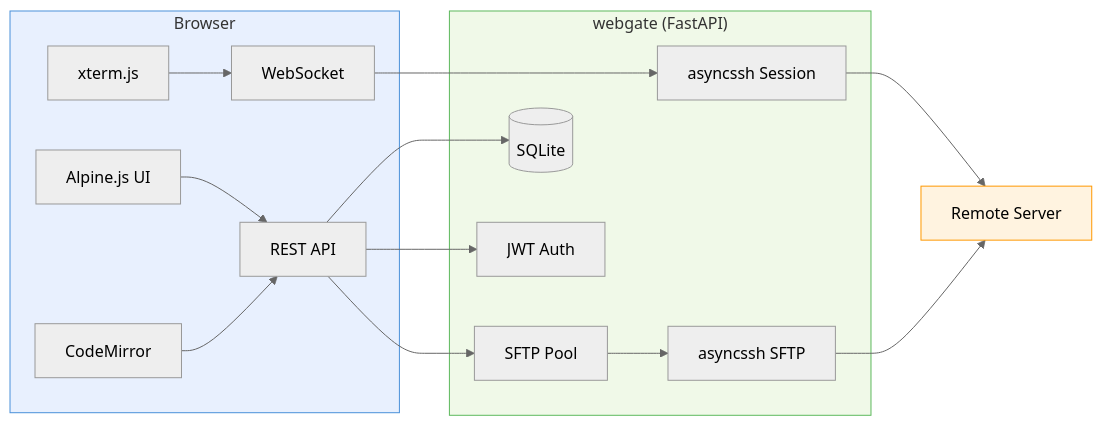
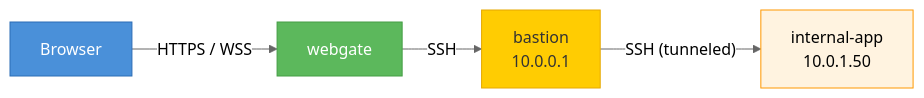
Before and after one commit to kalexnolasco/webgate: the fourth of 7 diagrams in README.md, drawn with Mermaid (neutral theme). The commit also changed other lines of this file and 3 other files, not shown here.

````diff
--- a/README.md
+++ b/README.md
@@ -398,23 +233,14 @@
 ```mermaid
 flowchart LR
-    subgraph Browser
-        XT[xterm.js] --> WS[WebSocket]
-        UI[Alpine.js UI] --> REST[REST API]
-        CM[CodeMirror] --> REST
-    end
-
-    subgraph webgate ["webgate (FastAPI)"]
-        WS --> SSH[asyncssh Session]
-        REST --> POOL[SFTP Pool]
-        POOL --> SFTP[asyncssh SFTP]
-        REST --> DB[(SQLite)]
-        REST --> AUTH[JWT Auth]
-    end
-
-    SSH --> RS[Remote Server]
-    SFTP --> RS
-
-    style Browser fill:#e8f0fe,stroke:#4a90d9
-    style webgate fill:#f0f9e8,stroke:#5cb85c
-    style RS fill:#fff3e0,stroke:#ff9800
+    B["Browser"]
+    WG["webgate"]
+    BAST["bastion<br/>10.0.0.1"]
+    INT["internal-app<br/>10.0.1.50"]
+    B -- "HTTPS / WSS" --> WG
+    WG -- "SSH" --> BAST
+    BAST -- "SSH (tunneled)" --> INT
+    style B fill:#4a90d9,stroke:#2a6cb5,color:#fff
+    style WG fill:#5cb85c,stroke:#449d44,color:#fff
+    style BAST fill:#ffcc02,stroke:#e6a800,color:#333
+    style INT fill:#fff3e0,stroke:#ff9800
 ```
````
